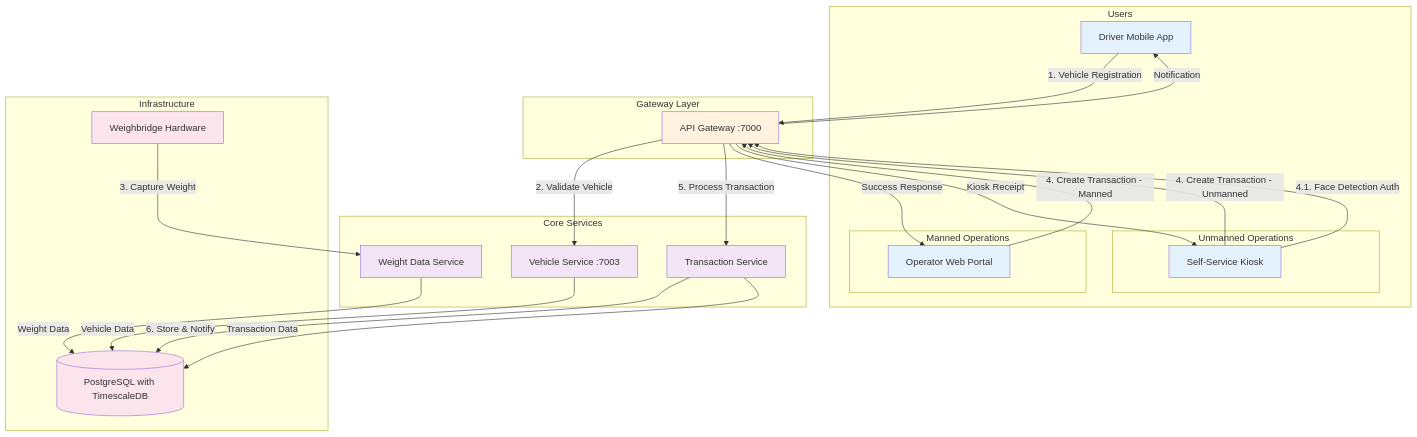
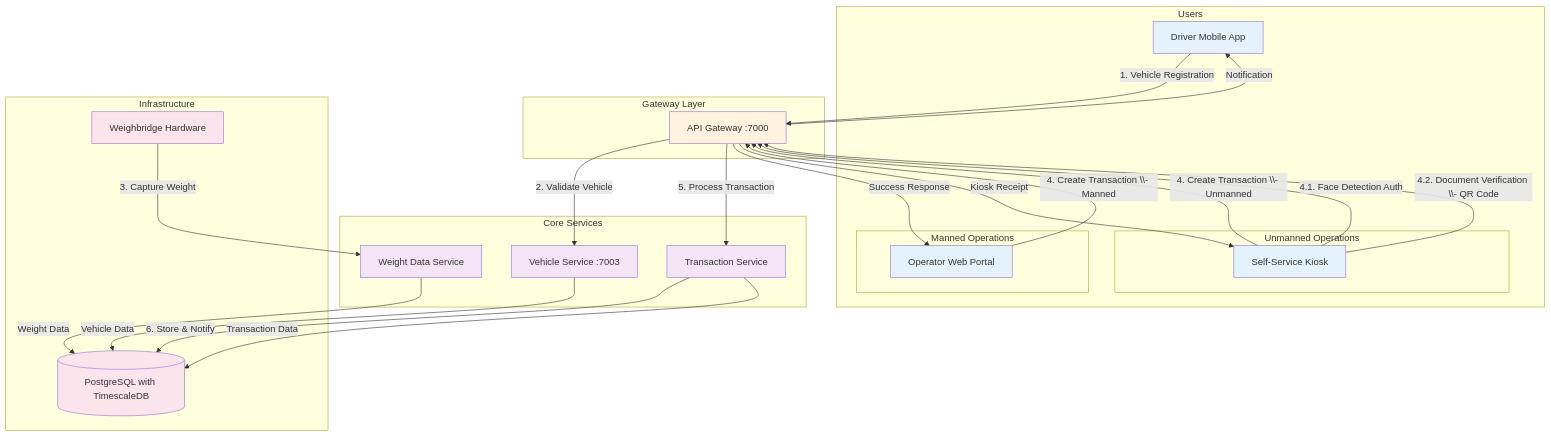
One commit to Qalitrack/qalitrackservices changed the second of 12 diagrams in docs/c4/03-component-flows.md. Above: the diagram before and after it, drawn with Mermaid. The commit also changed other lines of this file and 8 other files, not shown here.

First line of the commit message:
fix(c4): resolve Mermaid 'Unsupported markdown: list' errors and add QR code document verification

````diff
--- a/docs/c4/03-component-flows.md
+++ b/docs/c4/03-component-flows.md
@@ -45,65 +45,66 @@
 ```mermaid
 flowchart TD
     subgraph "Users"
         Driver[Driver Mobile App]
         
         subgraph "Manned Operations"
             Operator[Operator Web Portal]
         end
         
         subgraph "Unmanned Operations"
             Kiosk[Self-Service Kiosk]
         end
     end
     
     subgraph "Gateway Layer"
         Gateway[API Gateway :7000]
     end
     
     subgraph "Core Services"
         VehicleSvc[Vehicle Service :7003]
         WeightSvc[Weight Data Service]
         TransactionSvc[Transaction Service]
     end
     
     subgraph "Infrastructure"
         PostgreSQL[(PostgreSQL with TimescaleDB)]
         Hardware[Weighbridge Hardware]
     end
 
     %% Sequential transaction flow
     Driver -->|1. Vehicle Registration| Gateway
     Gateway -->|2. Validate Vehicle| VehicleSvc
     Hardware -->|3. Capture Weight| WeightSvc
     
     %% Manned operations
-    Operator -->|4. Create Transaction - Manned| Gateway
+    Operator -->|4. Create Transaction \\- Manned| Gateway
     
     %% Unmanned operations  
-    Kiosk -->|4. Create Transaction - Unmanned| Gateway
+    Kiosk -->|4. Create Transaction \\- Unmanned| Gateway
     Kiosk -->|4.1. Face Detection Auth| Gateway
+    Kiosk -->|4.2. Document Verification \\- QR Code| Gateway
     
     %% Common transaction processing
     Gateway -->|5. Process Transaction| TransactionSvc
     TransactionSvc -->|6. Store & Notify| PostgreSQL
     
     %% Data storage
     VehicleSvc -->|Vehicle Data| PostgreSQL
     WeightSvc -->|Weight Data| PostgreSQL
     TransactionSvc -->|Transaction Data| PostgreSQL
     
     %% Responses
     Gateway -->|Success Response| Operator
     Gateway -->|Kiosk Receipt| Kiosk
     Gateway -->|Notification| Driver
 
     classDef client fill:#e3f2fd
     classDef gateway fill:#fff3e0
     classDef services fill:#f3e5f5
     classDef infrastructure fill:#fce4ec
     
     class Driver,Operator,Kiosk client
     class Gateway gateway
     class VehicleSvc,WeightSvc,TransactionSvc services
     class PostgreSQL,Hardware infrastructure
 ```
````
